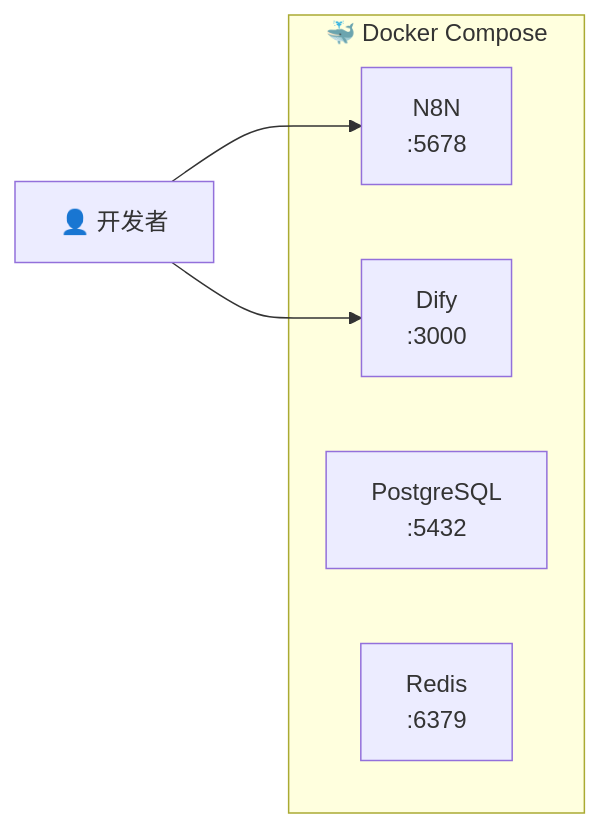
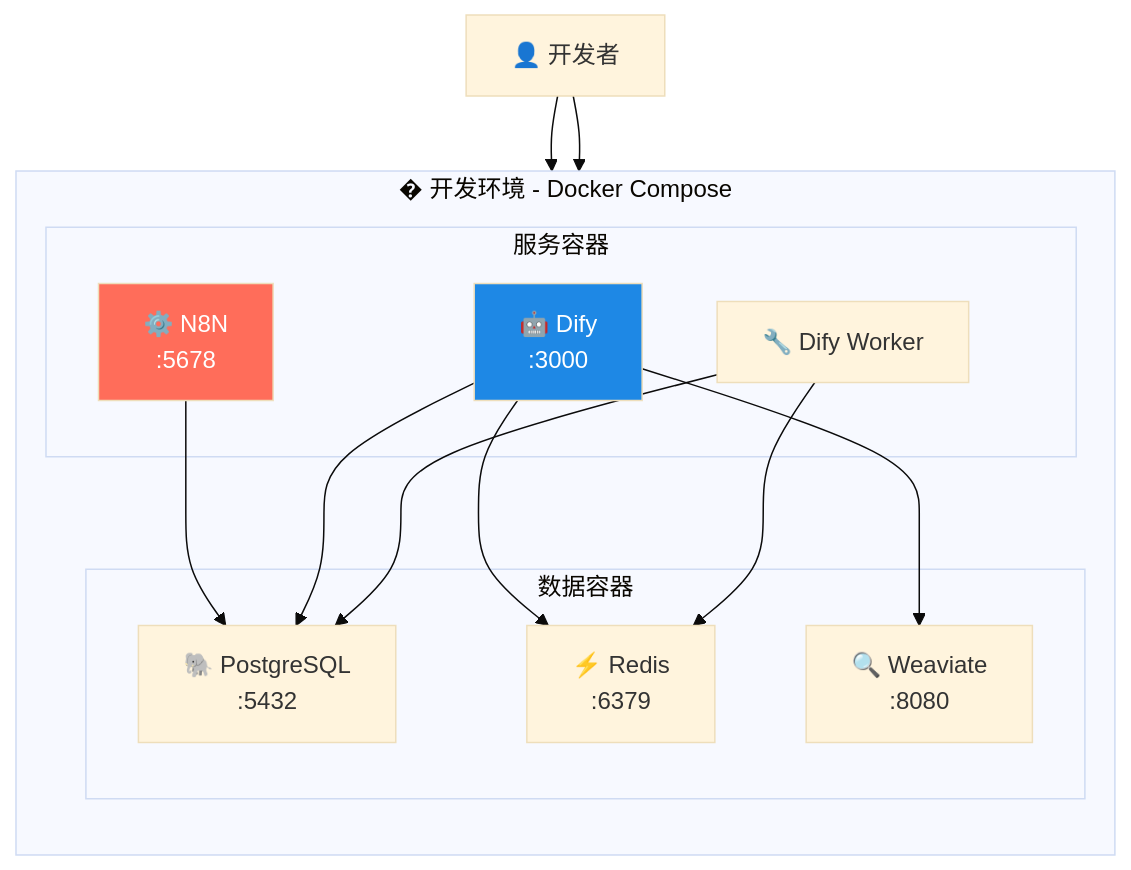
Before and after one commit to karl9141/ai-platform-technical: the eighth of 11 diagrams in docs/architecture/system-architecture.md, drawn with Mermaid. The commit also changed other lines of this file, not shown here.

Commit message:
docs: Enterprise-grade architecture diagrams with detailed Mermaid charts

````diff
--- a/docs/architecture/system-architecture.md
+++ b/docs/architecture/system-architecture.md
@@ -187,12 +359,32 @@
 ```mermaid
-flowchart LR
-    subgraph Docker["🐳 Docker Compose"]
-        N8N["N8N<br/>:5678"]
-        Dify["Dify<br/>:3000"]
-        PG["PostgreSQL<br/>:5432"]
-        Redis["Redis<br/>:6379"]
+%%{init: {'theme': 'base'}}%%
+flowchart TB
+    subgraph Local["�️ 开发环境 - Docker Compose"]
+        direction TB
+        
+        subgraph Services["服务容器"]
+            N8N["⚙️ N8N<br/>:5678"]
+            Dify["🤖 Dify<br/>:3000"]
+            DifyWorker["🔧 Dify Worker"]
+        end
+        
+        subgraph Data["数据容器"]
+            PG["🐘 PostgreSQL<br/>:5432"]
+            Redis["⚡ Redis<br/>:6379"]
+            Weaviate["🔍 Weaviate<br/>:8080"]
+        end
+        
+        N8N --> PG
+        Dify --> PG
+        Dify --> Redis
+        Dify --> Weaviate
+        DifyWorker --> PG
+        DifyWorker --> Redis
     end
     
     User["👤 开发者"] --> N8N
     User --> Dify
+
+    style N8N fill:#ff6d5a,color:#fff
+    style Dify fill:#1e88e5,color:#fff
 ```
````
